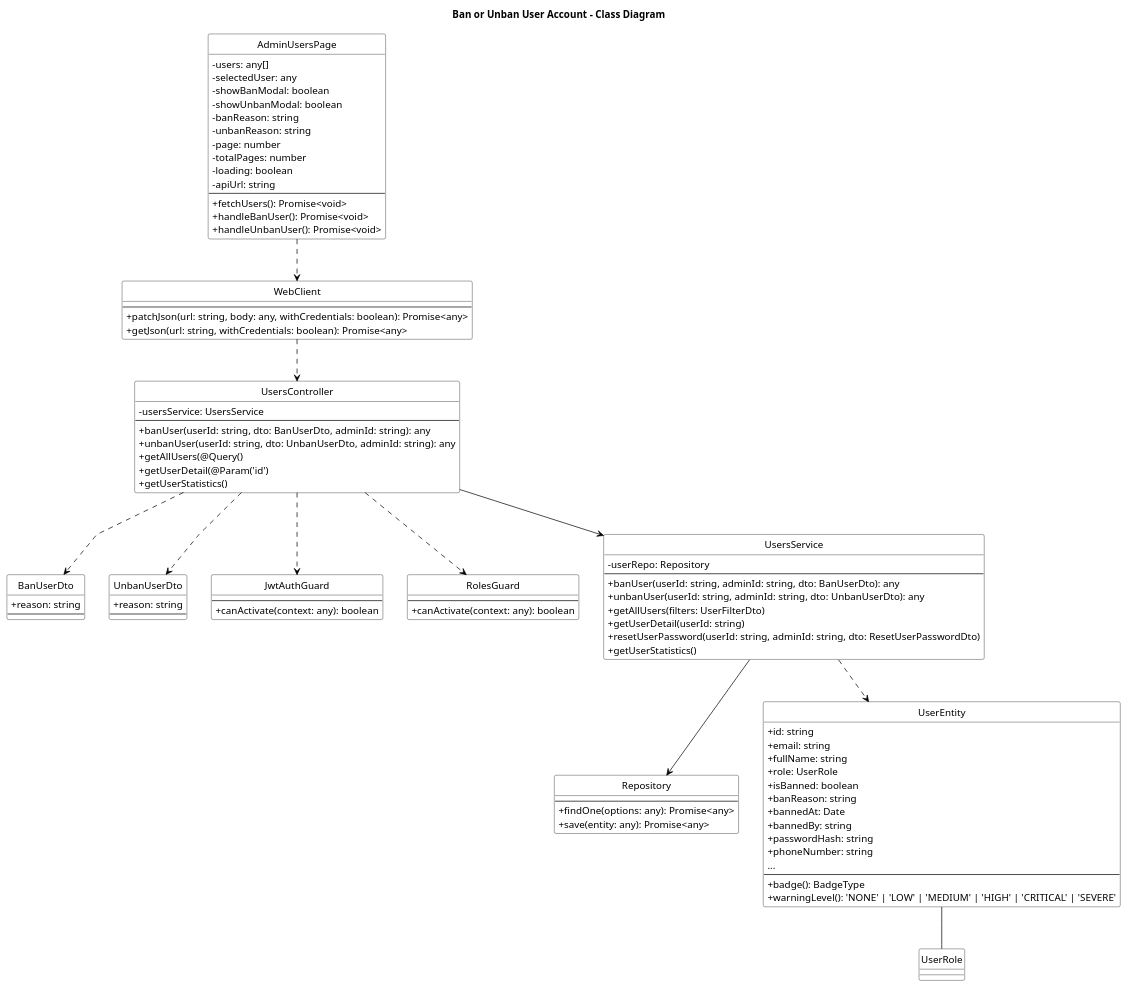
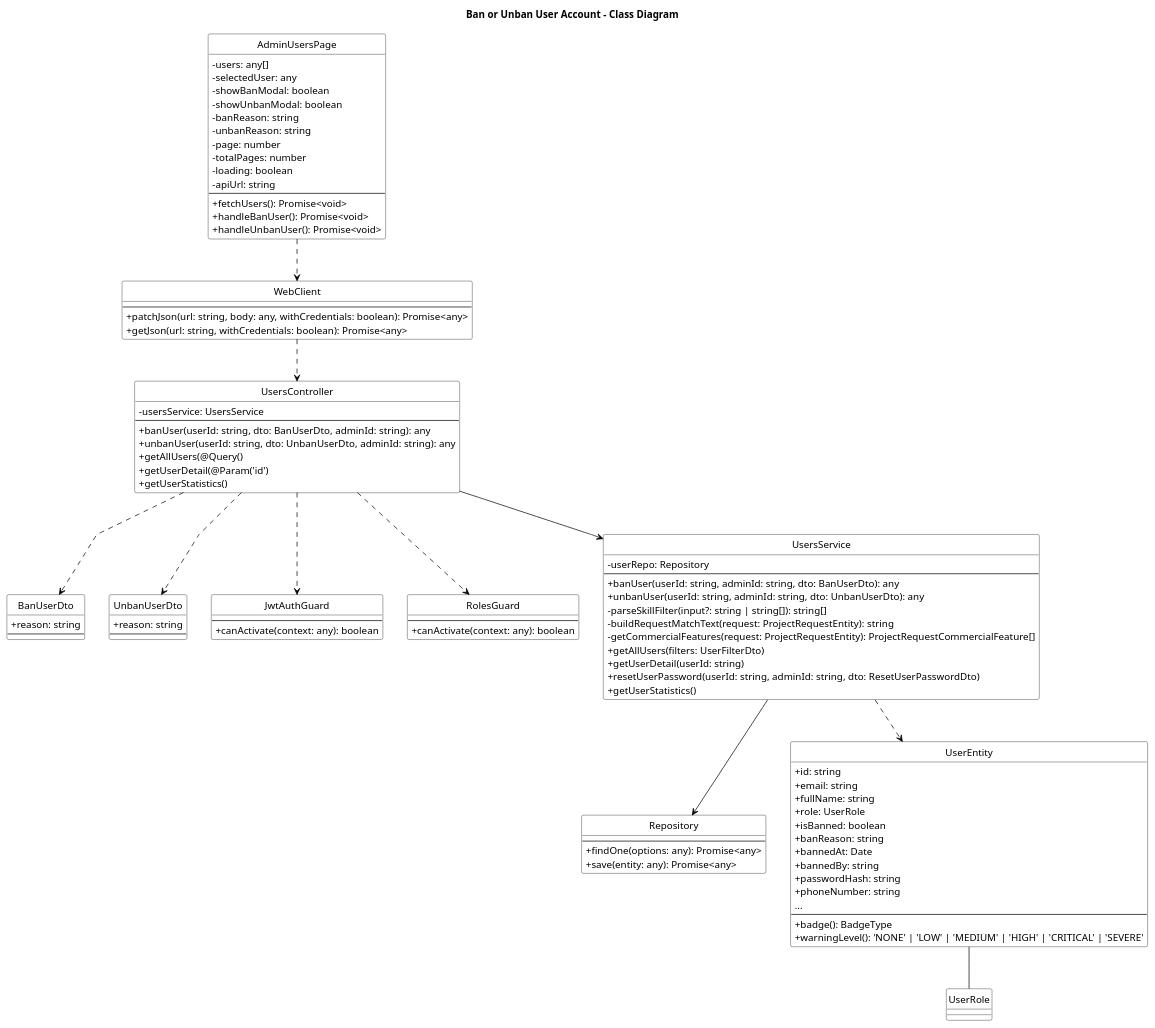
The diagram in diagram/class_diagrams/ban_unban_user_account_class_diagram_compact.puml (bangdcce/SEP492-Project), drawn with PlantUML before and after one commit. The commit also changed 189 other files, not shown here.

```diff
--- a/diagram/class_diagrams/ban_unban_user_account_class_diagram_compact.puml
+++ b/diagram/class_diagrams/ban_unban_user_account_class_diagram_compact.puml
@@ -1,116 +1,119 @@
 @startuml Ban_Unban_User_Account_Class_Diagram
 title Ban or Unban User Account - Class Diagram
 skinparam backgroundColor white
 skinparam monochrome true
 skinparam defaultFontColor black
 skinparam ArrowColor black
 skinparam classBorderColor black
 skinparam classFontColor black
 skinparam classBackgroundColor white
 skinparam stereotypeFontColor black
 skinparam linetype polyline
 skinparam classAttributeIconSize 0
 hide circle
 
 skinparam classHeaderBackgroundColor white
 skinparam classHeaderFontColor black
 
 class BanUserDto {
     + reason: string
     --
 }
 
 class UnbanUserDto {
     + reason: string
     --
 }
 
 class AdminUsersPage {
     - users: any[]
     - selectedUser: any
     - showBanModal: boolean
     - showUnbanModal: boolean
     - banReason: string
     - unbanReason: string
     - page: number
     - totalPages: number
     - loading: boolean
     - apiUrl: string
     --
     + fetchUsers(): Promise<void>
     + handleBanUser(): Promise<void>
     + handleUnbanUser(): Promise<void>
 }
 
 class WebClient {
     --
     + patchJson(url: string, body: any, withCredentials: boolean): Promise<any>
     + getJson(url: string, withCredentials: boolean): Promise<any>
 }
 
 class JwtAuthGuard {
     --
     + canActivate(context: any): boolean
 }
 
 class RolesGuard {
     --
     + canActivate(context: any): boolean
 }
 
 class UsersController {
     - usersService: UsersService
     --
     + banUser(userId: string, dto: BanUserDto, adminId: string): any
     + unbanUser(userId: string, dto: UnbanUserDto, adminId: string): any
     + getAllUsers(@Query()
     + getUserDetail(@Param('id')
     + getUserStatistics()
 }
 
 class Repository {
     --
     + findOne(options: any): Promise<any>
     + save(entity: any): Promise<any>
 }
 
 class UsersService {
     - userRepo: Repository
     --
     + banUser(userId: string, adminId: string, dto: BanUserDto): any
     + unbanUser(userId: string, adminId: string, dto: UnbanUserDto): any
+    - parseSkillFilter(input?: string | string[]): string[]
+    - buildRequestMatchText(request: ProjectRequestEntity): string
+    - getCommercialFeatures(request: ProjectRequestEntity): ProjectRequestCommercialFeature[]
     + getAllUsers(filters: UserFilterDto)
     + getUserDetail(userId: string)
     + resetUserPassword(userId: string, adminId: string, dto: ResetUserPasswordDto)
     + getUserStatistics()
 }
 
 class UserEntity {
     + id: string
     + email: string
     + fullName: string
     + role: UserRole
     + isBanned: boolean
     + banReason: string
     + bannedAt: Date
     + bannedBy: string
     + passwordHash: string
     + phoneNumber: string
     ...
     --
     + badge(): BadgeType
     + warningLevel(): 'NONE' | 'LOW' | 'MEDIUM' | 'HIGH' | 'CRITICAL' | 'SEVERE'
 }
 
 
 AdminUsersPage ..> WebClient
 WebClient ..> UsersController
 UsersController ..> JwtAuthGuard
 UsersController ..> RolesGuard
 UsersController --> UsersService
 UsersController ..> BanUserDto
 UsersController ..> UnbanUserDto
 UsersService --> Repository
 UsersService ..> UserEntity
 UserEntity -- UserRole
 @enduml
```
